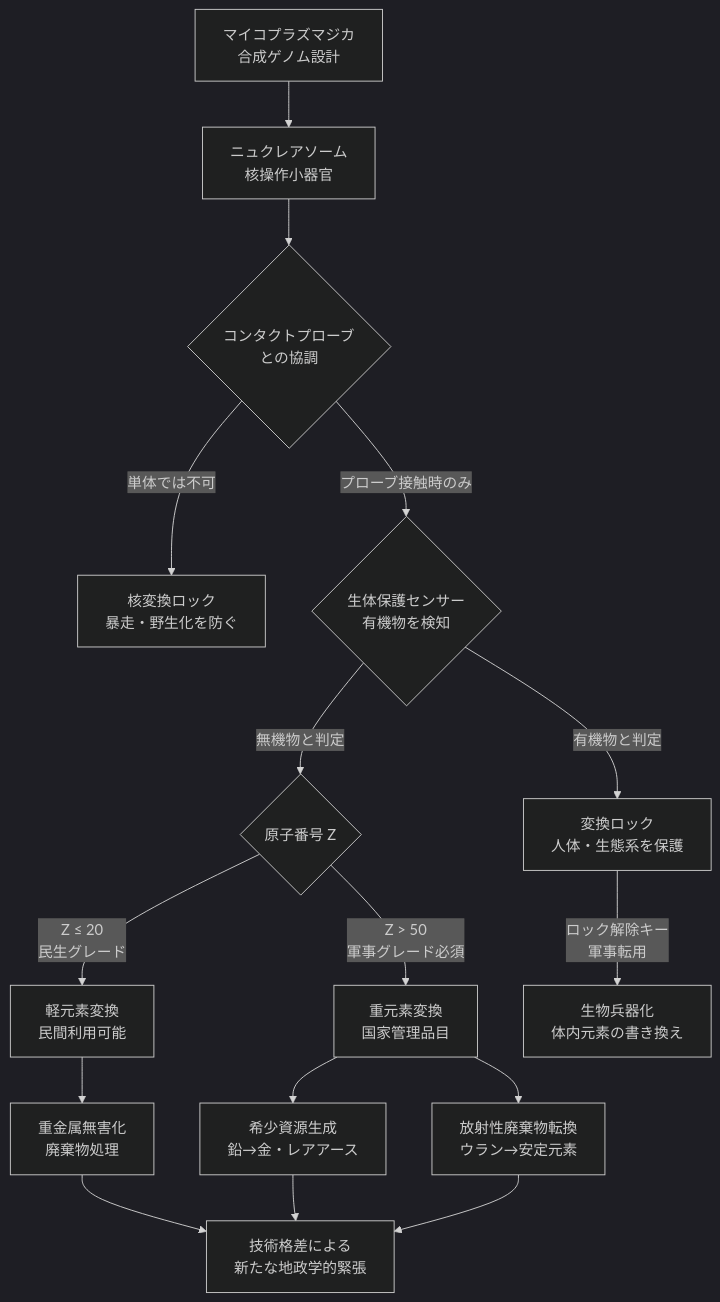
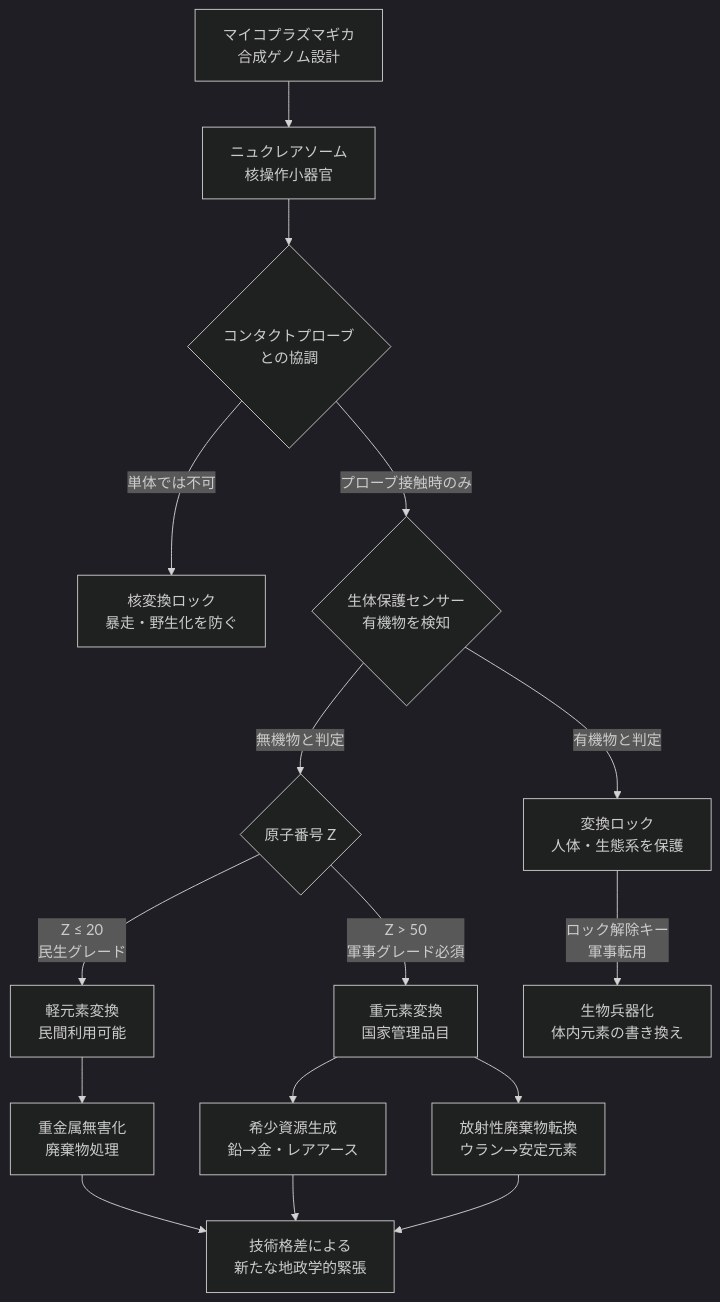
The diagram in docs/biology/wiim_024.md (theronium/WhatIfImpossible), drawn with Mermaid (dark theme) before and after one commit. The commit also changed other lines of this file and 8 other files, not shown here.

````diff
--- a/docs/biology/wiim_024.md
+++ b/docs/biology/wiim_024.md
@@ -73,16 +73,16 @@
 ```mermaid
 flowchart TD
-    A[マイコプラズマジカ\n合成ゲノム設計] --> B[ニュクレアソーム\n核操作小器官]
+    A[マイコプラズマギカ\n合成ゲノム設計] --> B[ニュクレアソーム\n核操作小器官]
     B --> C{コンタクトプローブ\nとの協調}
     C -->|単体では不可| X[核変換ロック\n暴走・野生化を防ぐ]
     C -->|プローブ接触時のみ| D{生体保護センサー\n有機物を検知}
     D -->|有機物と判定| Y[変換ロック\n人体・生態系を保護]
     D -->|無機物と判定| E{原子番号 Z}
     E -->|Z ≤ 20\n民生グレード| F1[軽元素変換\n民間利用可能]
     E -->|Z > 50\n軍事グレード必須| F2[重元素変換\n国家管理品目]
     F1 --> G1[重金属無害化\n廃棄物処理]
     F2 --> G2[希少資源生成\n鉛→金・レアアース]
     F2 --> G3[放射性廃棄物転換\nウラン→安定元素]
     Y -->|ロック解除キー\n軍事転用| H[生物兵器化\n体内元素の書き換え]
     G1 & G2 & G3 --> I[技術格差による\n新たな地政学的緊張]
 ```
````
